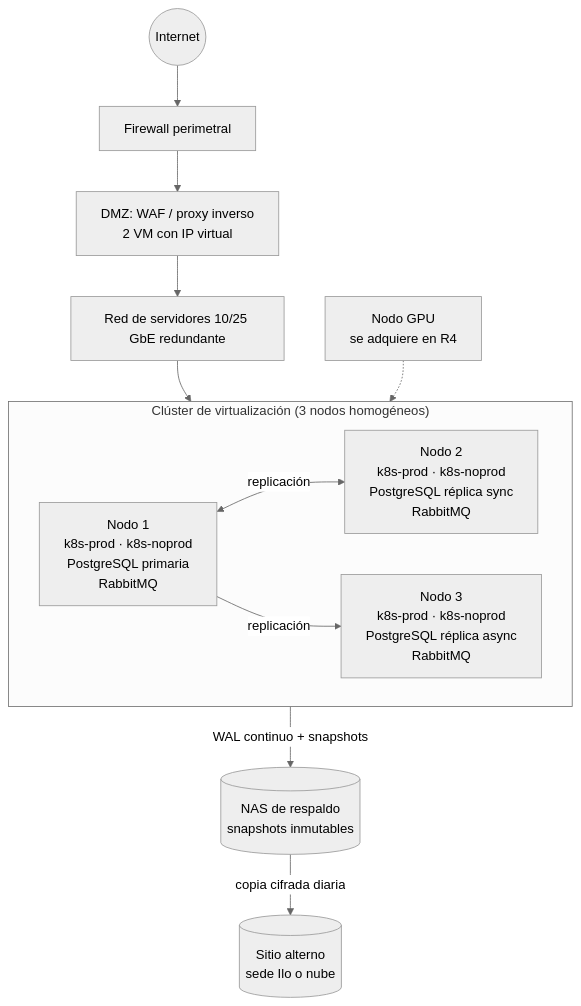
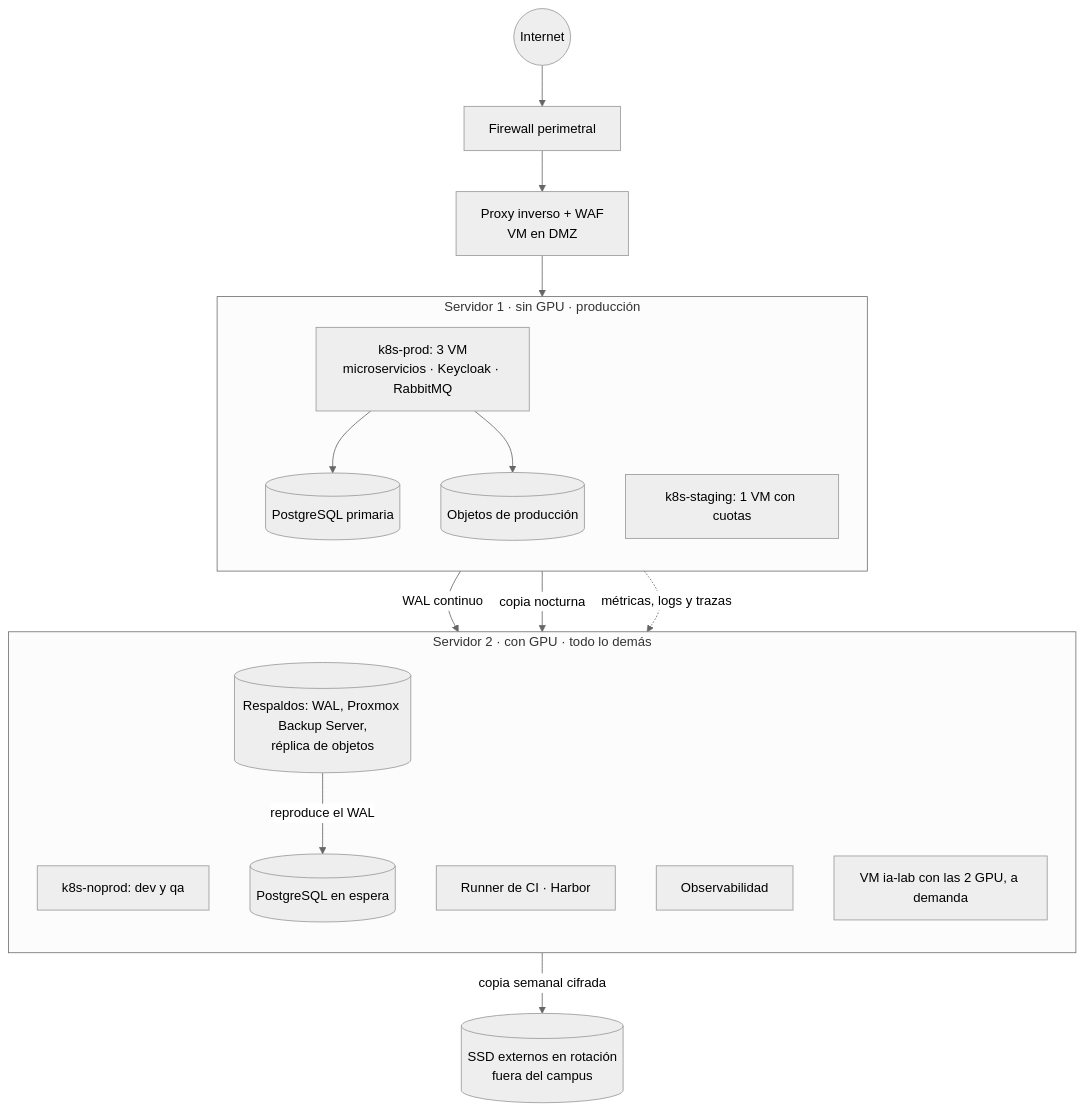
One commit to Mermas-CC/sigeun2.0 changed the eighth of 9 diagrams in docs/03-arquitectura-microservicios.md. Above: the diagram before and after it, drawn with Mermaid (neutral theme). The commit also changed other lines of this file and 10 other files, not shown here.

First line of the commit message:
Agregar guía de estudio y adaptar el despliegue a los 2 servidores del plan

````diff
--- a/docs/03-arquitectura-microservicios.md
+++ b/docs/03-arquitectura-microservicios.md
@@ -430,18 +432,29 @@
 ```mermaid
 flowchart TB
   INET(("Internet")) --> FW["Firewall perimetral"]
-  FW --> DMZ["DMZ: WAF / proxy inverso<br/>2 VM con IP virtual"]
-  DMZ --> NET["Red de servidores 10/25 GbE redundante"]
-  subgraph CL["Clúster de virtualización (3 nodos homogéneos)"]
-    direction LR
-    N1["Nodo 1<br/>k8s-prod · k8s-noprod<br/>PostgreSQL primaria<br/>RabbitMQ"]
-    N2["Nodo 2<br/>k8s-prod · k8s-noprod<br/>PostgreSQL réplica sync<br/>RabbitMQ"]
-    N3["Nodo 3<br/>k8s-prod · k8s-noprod<br/>PostgreSQL réplica async<br/>RabbitMQ"]
+  FW --> RP["Proxy inverso + WAF<br/>VM en DMZ"]
+  subgraph S1["Servidor 1 · sin GPU · producción"]
+    direction TB
+    P1["k8s-prod: 3 VM<br/>microservicios · Keycloak · RabbitMQ"]
+    PG1[("PostgreSQL primaria")]
+    OB1[("Objetos de producción")]
+    STG["k8s-staging: 1 VM con cuotas"]
   end
-  NET --> CL
-  N1 <-->|replicación| N2
-  N1 -->|replicación| N3
-  CL -->|WAL continuo + snapshots| NAS[("NAS de respaldo<br/>snapshots inmutables")]
-  NAS -->|copia cifrada diaria| DR[("Sitio alterno<br/>sede Ilo o nube")]
-  GPU["Nodo GPU<br/>se adquiere en R4"] -.-> CL
+  subgraph S2["Servidor 2 · con GPU · todo lo demás"]
+    direction TB
+    NP["k8s-noprod: dev y qa"]
+    CI["Runner de CI · Harbor"]
+    OBS["Observabilidad"]
+    BK[("Respaldos: WAL, Proxmox Backup Server,<br/>réplica de objetos")]
+    SB[("PostgreSQL en espera")]
+    IA["VM ia-lab con las 2 GPU, a demanda"]
+  end
+  RP --> P1
+  P1 --> PG1
+  P1 --> OB1
+  PG1 -->|WAL continuo| BK
+  BK -->|reproduce el WAL| SB
+  OB1 -->|copia nocturna| BK
+  P1 -.->|métricas, logs y trazas| OBS
+  BK -->|copia semanal cifrada| SSD[("SSD externos en rotación<br/>fuera del campus")]
 ```
````
